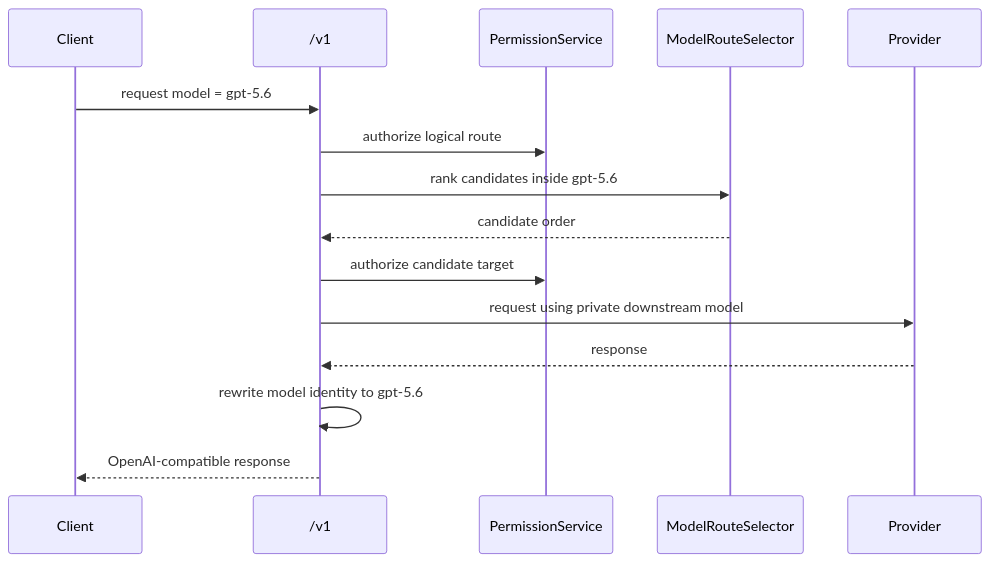
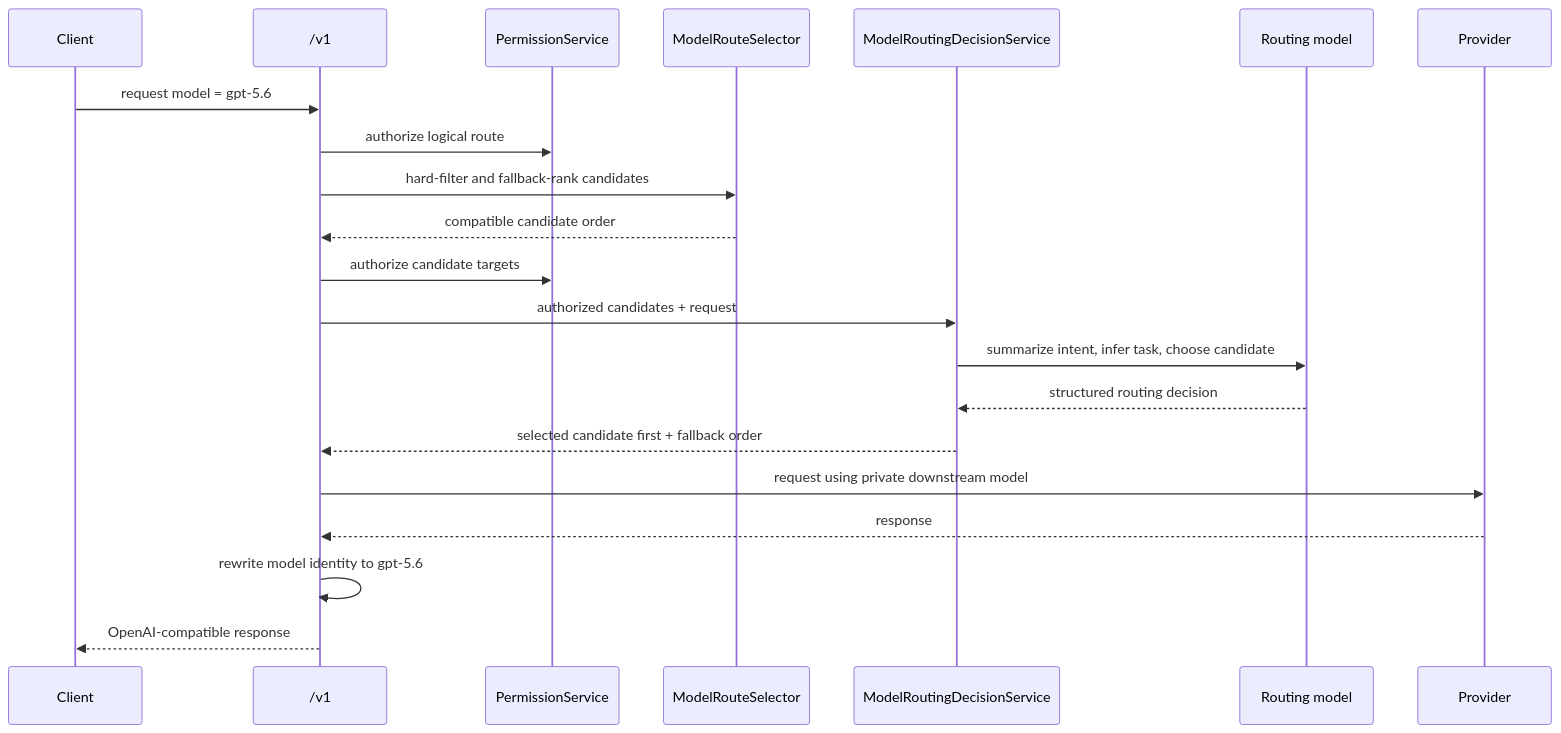
Before and after one commit to theonemule/MCP-Proxy: the fifth of 9 diagrams in docs/ARCHITECTURE.md, drawn with Mermaid. The commit also changed other lines of this file and 130 other files, not shown here.

```diff
--- a/docs/ARCHITECTURE.md
+++ b/docs/ARCHITECTURE.md
@@ -184,18 +187,24 @@
 ~~~mermaid
 sequenceDiagram
     participant Client
     participant API as /v1
     participant Perm as PermissionService
-    participant Router as ModelRouteSelector
+    participant Selector as ModelRouteSelector
+    participant Decision as ModelRoutingDecisionService
+    participant RoutingModel as Routing model
     participant Provider
 
     Client->>API: request model = gpt-5.6
     API->>Perm: authorize logical route
-    API->>Router: rank candidates inside gpt-5.6
-    Router-->>API: candidate order
-    API->>Perm: authorize candidate target
+    API->>Selector: hard-filter and fallback-rank candidates
+    Selector-->>API: compatible candidate order
+    API->>Perm: authorize candidate targets
+    API->>Decision: authorized candidates + request
+    Decision->>RoutingModel: summarize intent, infer task, choose candidate
+    RoutingModel-->>Decision: structured routing decision
+    Decision-->>API: selected candidate first + fallback order
     API->>Provider: request using private downstream model
     Provider-->>API: response
     API->>API: rewrite model identity to gpt-5.6
     API-->>Client: OpenAI-compatible response
 ~~~
```
